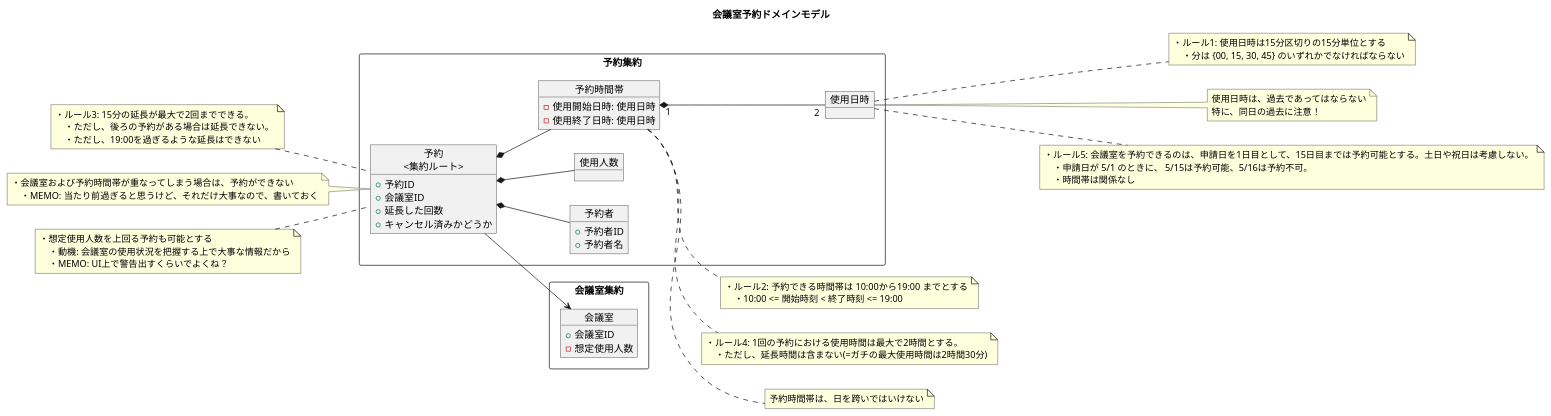
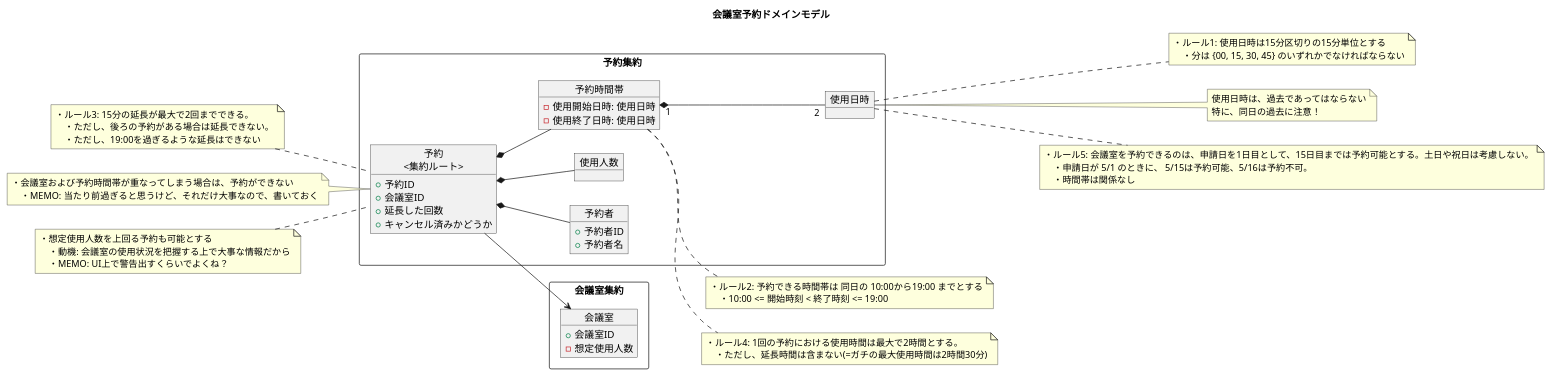
The diagram in diagram/ドメインモデル.puml (ModelingKai/meeting-room-python), drawn with PlantUML before and after one commit.

Commit message:
ドメインモデルの更新。「日をまたいではいけない」はルール2で解決できるので、1つにまとめた。

```diff
--- a/diagram/ドメインモデル.puml
+++ b/diagram/ドメインモデル.puml
@@ -1,101 +1,97 @@
 @startuml
 
 title 会議室予約ドメインモデル
 
 left to right direction
 
 
 rectangle 予約集約 {
     object "予約\n<集約ルート>" as c1 {
         + 予約ID
         + 会議室ID
         + 延長した回数
         + キャンセル済みかどうか
     }
 
     object 予約者 {
         + 予約者ID
         + 予約者名
     }
 
     object 使用人数 {
     }
 
     object 予約時間帯 {
         - 使用開始日時: 使用日時
         - 使用終了日時: 使用日時
     }
 
 
     object 使用日時 {
     }
 }
 
 
 rectangle 会議室集約 {
     object 会議室 {
         + 会議室ID
         - 想定使用人数
     }
 }
 
 
 c1 --> 会議室
 c1 *-- 予約者
 c1 *-- 使用人数
 c1 *-- 予約時間帯
 予約時間帯 "1" *-- "2" 使用日時
 
 ' ===== 予約 =====
 note left of c1
 ・ルール3: 15分の延長が最大で2回までできる。
     ・ただし、後ろの予約がある場合は延長できない。
     ・ただし、19:00を過ぎるような延長はできない
 end note
 
 note left of c1
 ・会議室および予約時間帯が重なってしまう場合は、予約ができない
     ・MEMO: 当たり前過ぎると思うけど、それだけ大事なので、書いておく
 end note
 
 note left of c1
 ・想定使用人数を上回る予約も可能とする
     ・動機: 会議室の使用状況を把握する上で大事な情報だから
     ・MEMO: UI上で警告出すくらいでよくね？
 end note
 
 ' ===== 予約時間帯 =====
 note right of 予約時間帯
-・ルール2: 予約できる時間帯は 10:00から19:00 までとする
+・ルール2: 予約できる時間帯は 同日の 10:00から19:00 までとする
     ・10:00 <= 開始時刻 < 終了時刻 <= 19:00
 end note
 
 
 note right of 予約時間帯
 ・ルール4: 1回の予約における使用時間は最大で2時間とする。
     ・ただし、延長時間は含まない(=ガチの最大使用時間は2時間30分)
-end note
-
-note right of 予約時間帯
-予約時間帯は、日を跨いではいけない
 end note
 
 
 ' ===== 使用日時 =====
 note right of 使用日時
 ・ルール1: 使用日時は15分区切りの15分単位とする
     ・分は {00, 15, 30, 45} のいずれかでなければならない
 end note
 
 note right of 使用日時
 使用日時は、過去であってはならない
 特に、同日の過去に注意！
 end note
 
 note right of 使用日時
 ・ルール5: 会議室を予約できるのは、申請日を1日目として、15日目までは予約可能とする。土日や祝日は考慮しない。
     ・申請日が 5/1 のときに、 5/15は予約可能、5/16は予約不可。
     ・時間帯は関係なし
 end note
 
 @enduml
```
